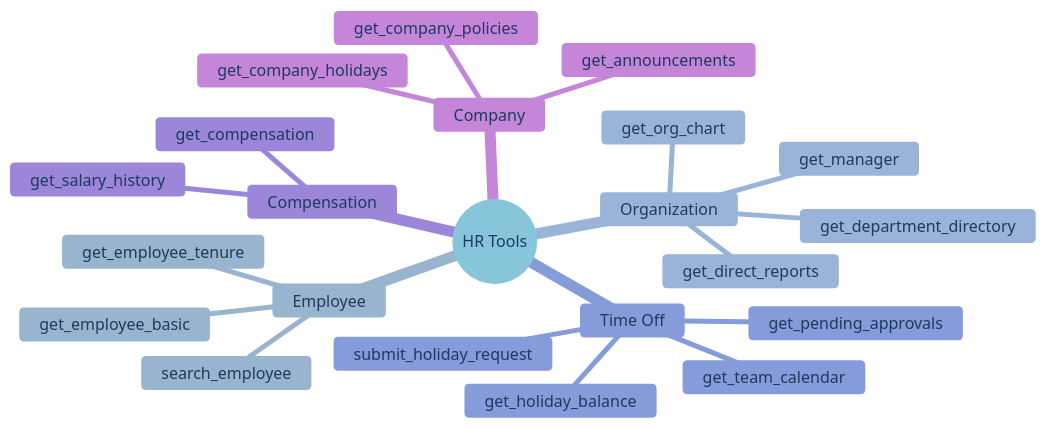
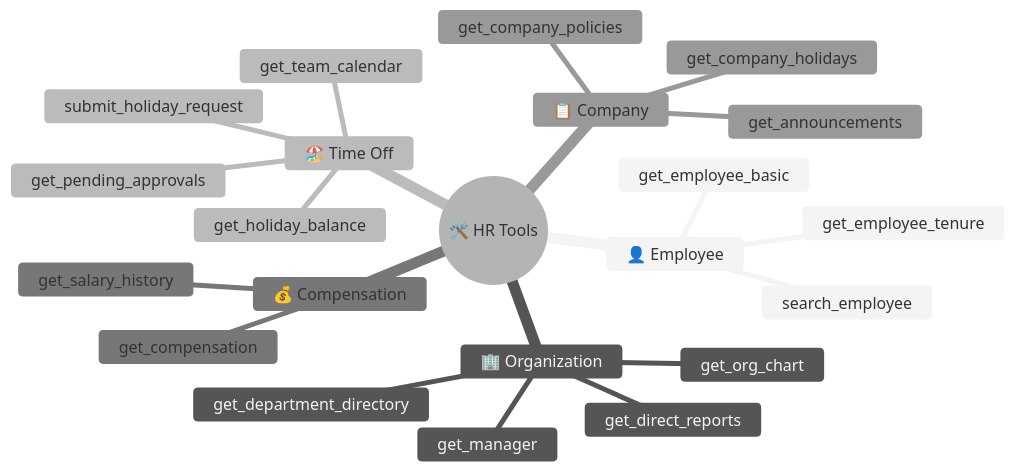
The third of 3 diagrams in README.md (ruthvik-jeev/hr-agent), drawn with Mermaid before and after one commit. The commit also changed other lines of this file and 2 other files, not shown here.

First line of the commit message:
fix: use neutral theme for GitHub-compatible Mermaid diagrams

````diff
--- a/README.md
+++ b/README.md
@@ -176,27 +169,26 @@
 ```mermaid
-%%{init: {'theme': 'base', 'themeVariables': { 'primaryColor': '#e8f4f8', 'primaryTextColor': '#1e3a5f', 'primaryBorderColor': '#3d5a80', 'lineColor': '#3d5a80', 'secondaryColor': '#f0f4f8', 'tertiaryColor': '#f7f9fc', 'nodeTextColor': '#1e3a5f'}}}%%
-
+%%{init: {'theme': 'neutral'}}%%
 mindmap
-  root((HR Tools))
-    Employee
+  root((🛠️ HR Tools))
+    👤 Employee
       search_employee
       get_employee_basic
       get_employee_tenure
-    Organization
+    🏢 Organization
       get_manager
       get_direct_reports
       get_org_chart
       get_department_directory
-    Time Off
+    🏖️ Time Off
       get_holiday_balance
       submit_holiday_request
       get_pending_approvals
       get_team_calendar
-    Compensation
+    💰 Compensation
       get_compensation
       get_salary_history
-    Company
+    📋 Company
       get_company_policies
       get_announcements
       get_company_holidays
 ```
````
